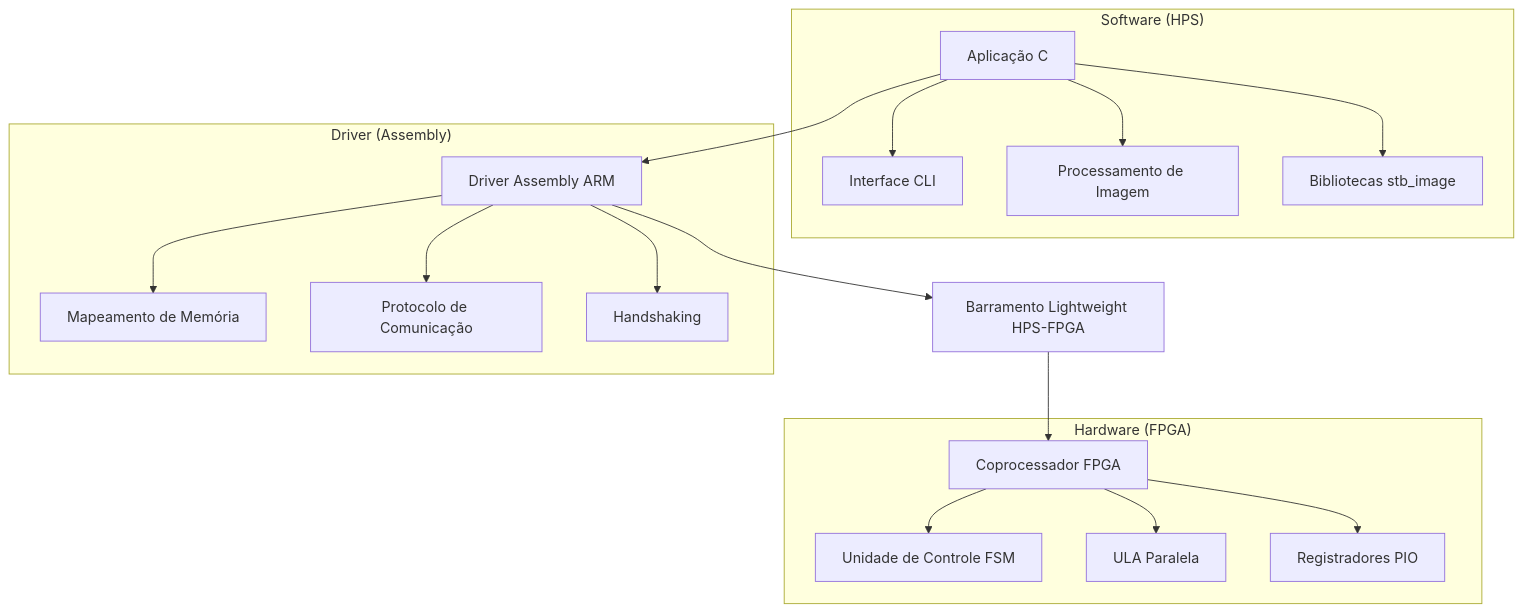
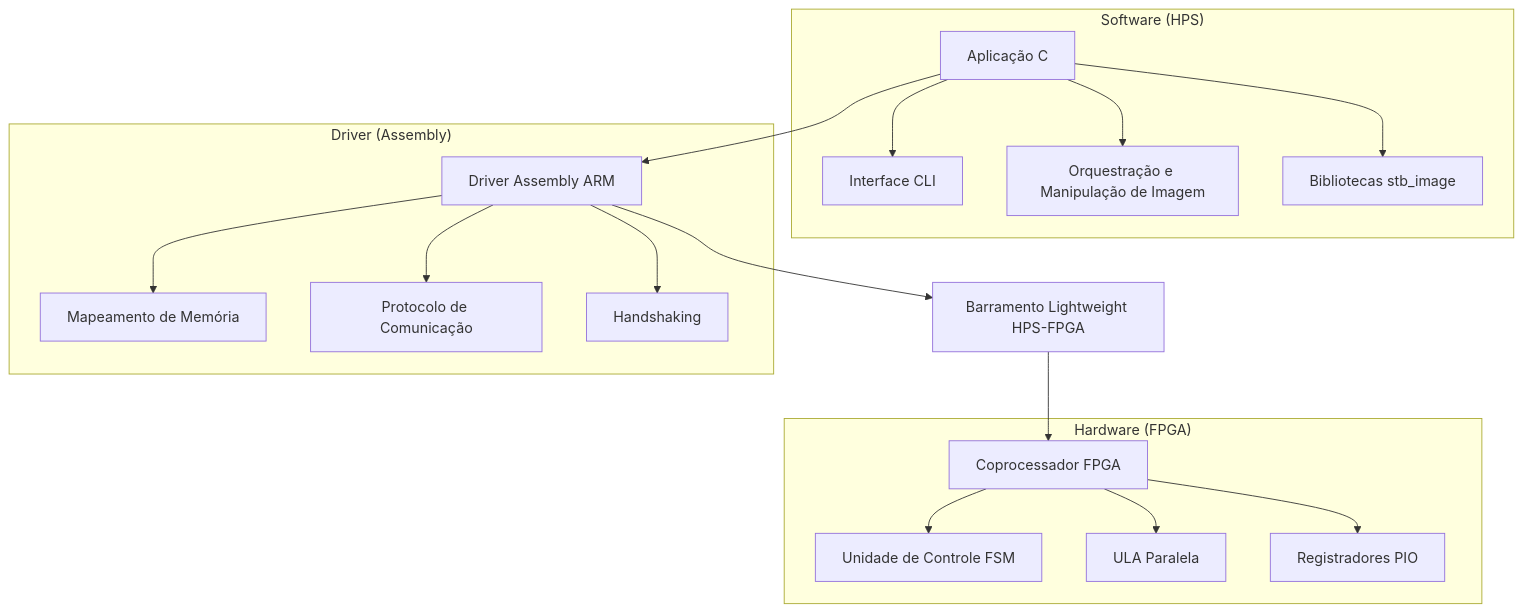
The diagram in README.md (Robson-Carvalho/edge-detection-filters), drawn with Mermaid before and after one commit. The commit also changed other lines of this file, not shown here.

````diff
--- a/README.md
+++ b/README.md
@@ -34,24 +93,24 @@
 ```mermaid
 graph TB
     A[Aplicação C] --> B[Driver Assembly ARM]
     B --> C[Barramento Lightweight HPS-FPGA]
     C --> D[Coprocessador FPGA]
     
     subgraph "Software (HPS)"
         A --> A1[Interface CLI]
-        A --> A2[Processamento de Imagem]
+        A --> A2[Orquestração e Manipulação de Imagem]
         A --> A3[Bibliotecas stb_image]
     end
     
     subgraph "Driver (Assembly)"
         B --> B1[Mapeamento de Memória]
         B --> B2[Protocolo de Comunicação]
         B --> B3[Handshaking]
     end
     
     subgraph "Hardware (FPGA)"
         D --> D1[Unidade de Controle FSM]
         D --> D2[ULA Paralela]
         D --> D3[Registradores PIO]
     end
 ```
````
